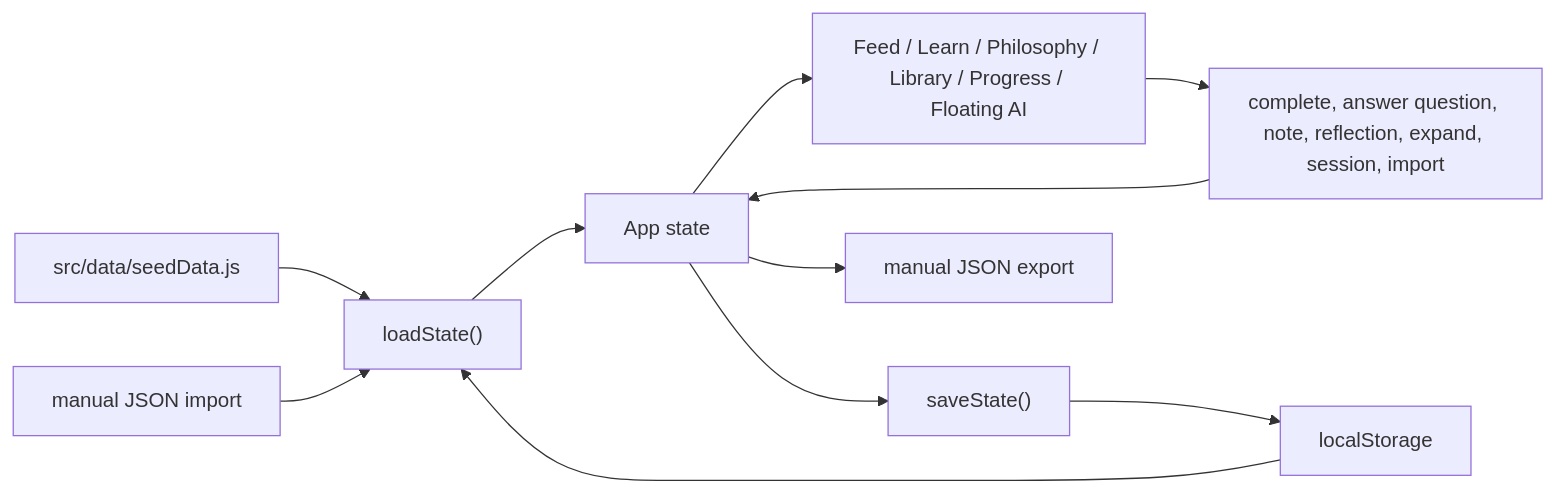
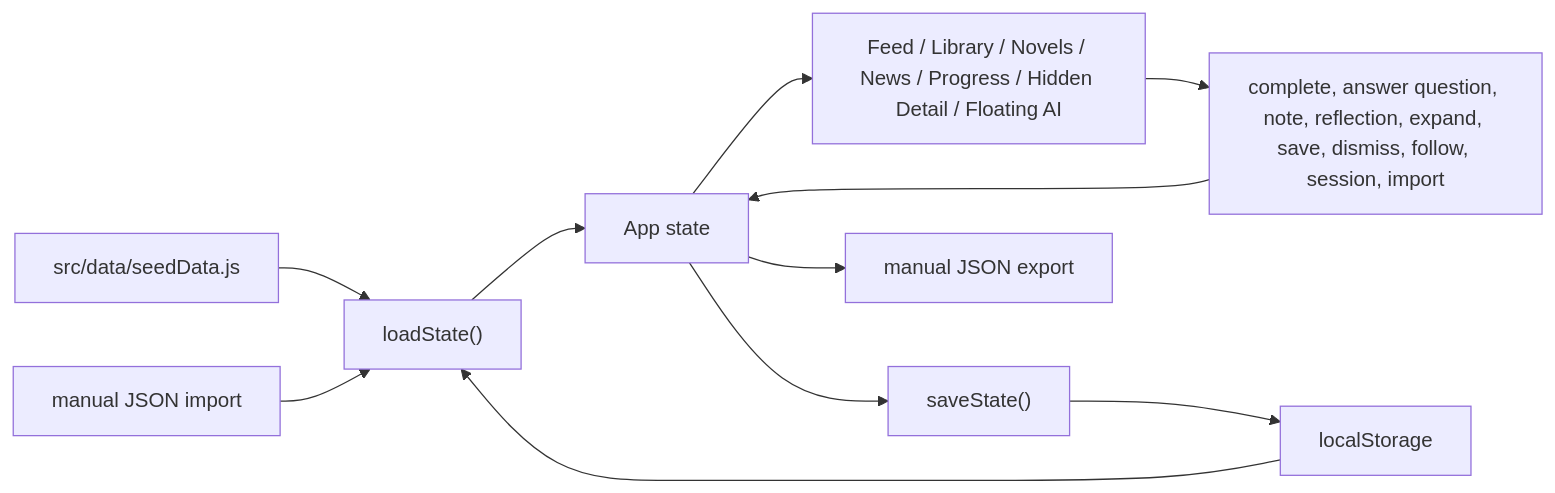
One commit to Tuckerb62/leaderman changed the first of 3 diagrams in project-docs/ARCHITECTURE.md. Above: the diagram before and after it, drawn with Mermaid. The commit also changed other lines of this file and 35 other files, not shown here.

````diff
--- a/project-docs/ARCHITECTURE.md
+++ b/project-docs/ARCHITECTURE.md
@@ -114,13 +140,13 @@
 ```mermaid
 flowchart LR
   Seed["src/data/seedData.js"] --> Load["loadState()"]
   Browser["localStorage"] --> Load
   Load --> React["App state"]
-  React --> Views["Feed / Learn / Philosophy / Library / Progress / Floating AI"]
-  Views --> Actions["complete, answer question, note, reflection, expand, session, import"]
+  React --> Views["Feed / Library / Novels / News / Progress / Hidden Detail / Floating AI"]
+  Views --> Actions["complete, answer question, note, reflection, expand, save, dismiss, follow, session, import"]
   Actions --> React
   React --> Save["saveState()"]
   Save --> Browser
   React --> Export["manual JSON export"]
   Import["manual JSON import"] --> Load
 ```
````
